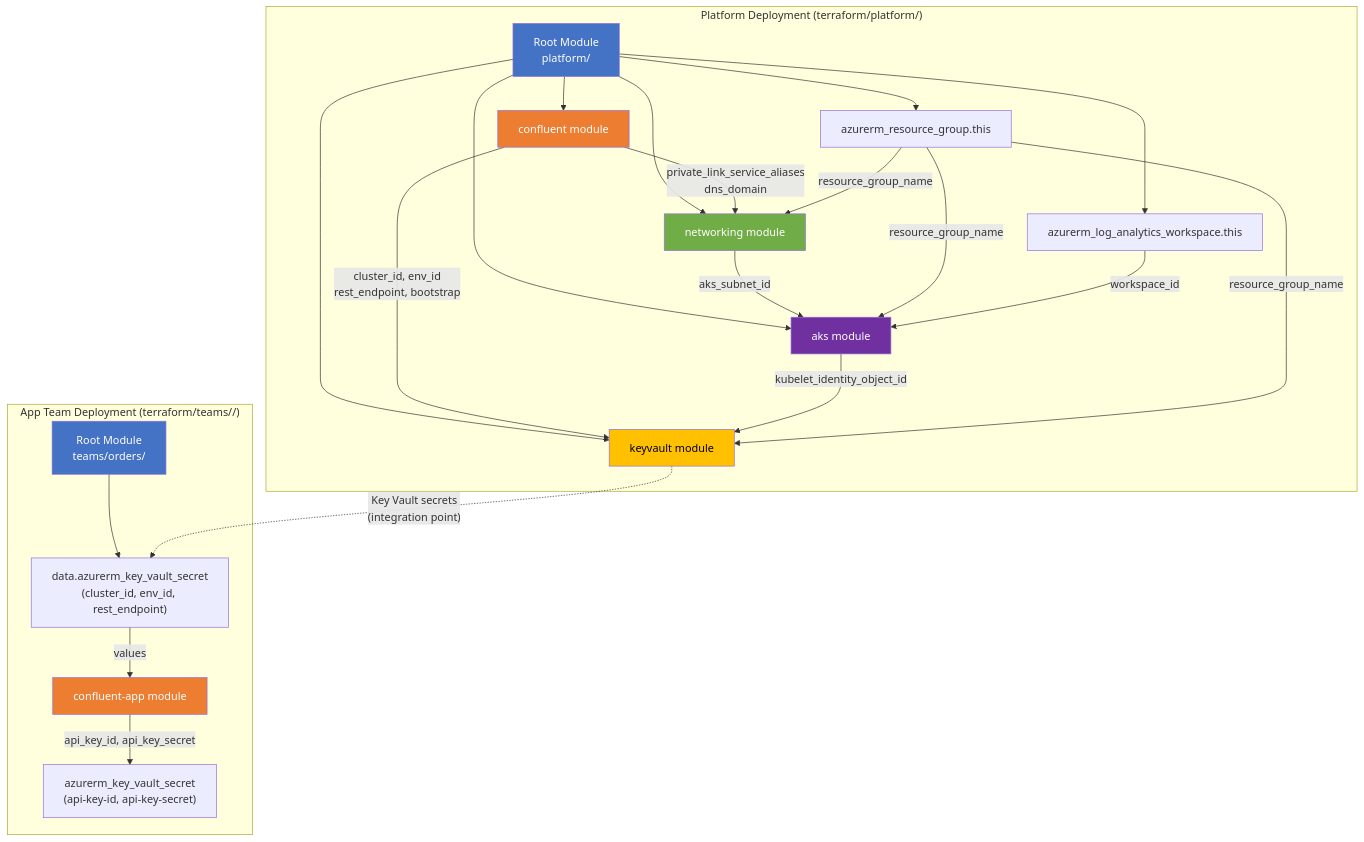
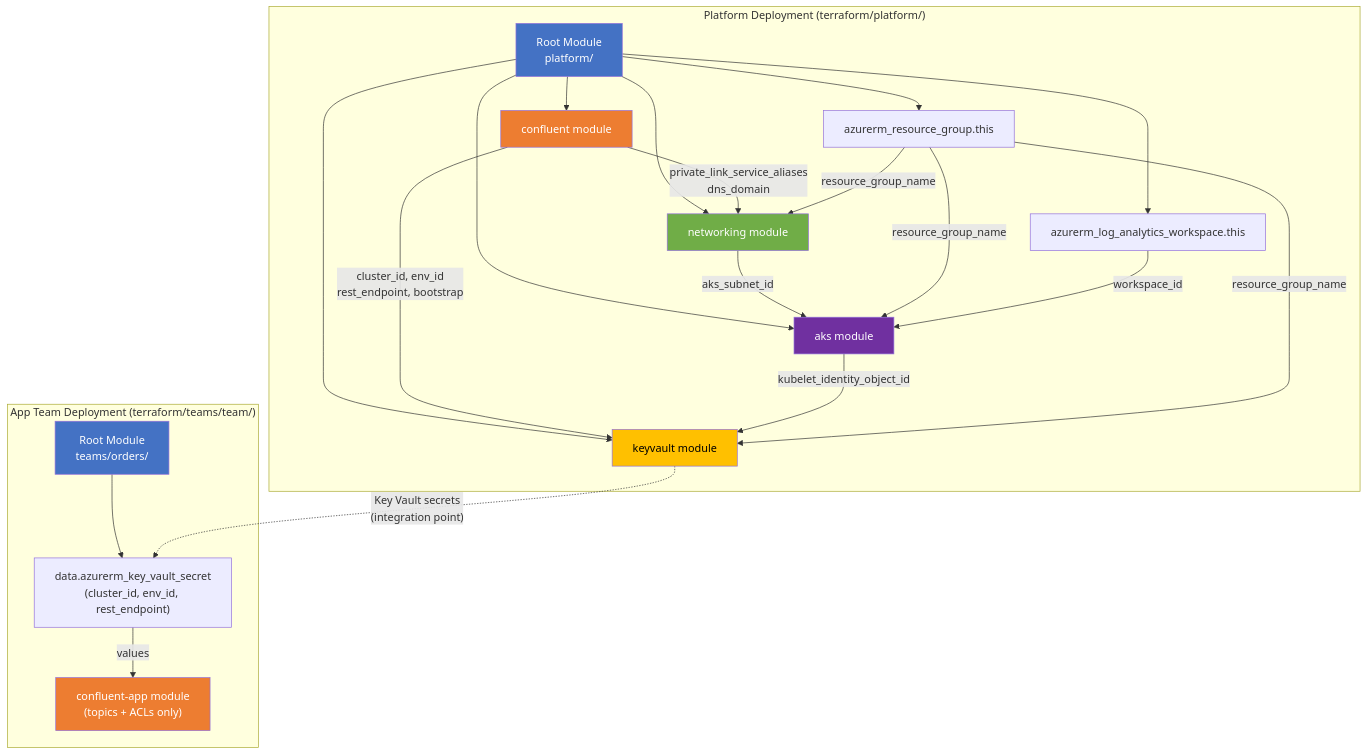
The first of 2 diagrams in docs/03-implementation/terraform-modules.md (GouthamKumar4/terraform-confluent-cloud-aks-poc), drawn with Mermaid before and after one commit. The commit also changed other lines of this file and 41 other files, not shown here.

````diff
--- a/docs/03-implementation/terraform-modules.md
+++ b/docs/03-implementation/terraform-modules.md
@@ -9,45 +9,43 @@
 ```mermaid
 graph TD
     subgraph Platform["Platform Deployment (terraform/platform/)"]
         Root["Root Module<br>platform/"]
         RG["azurerm_resource_group.this"]
         LOG["azurerm_log_analytics_workspace.this"]
         
         Root --> RG
         Root --> LOG
         Root --> CM["confluent module"]
         Root --> NM["networking module"]
         Root --> AKS["aks module"]
         Root --> KV["keyvault module"]
         
         CM -->|private_link_service_aliases<br>dns_domain| NM
         CM -->|cluster_id, env_id<br>rest_endpoint, bootstrap| KV
         NM -->|aks_subnet_id| AKS
         AKS -->|kubelet_identity_object_id| KV
         RG -->|resource_group_name| NM
         RG -->|resource_group_name| AKS
         RG -->|resource_group_name| KV
         LOG -->|workspace_id| AKS
     end
 
-    subgraph AppTeam["App Team Deployment (terraform/teams/<team>/)"]
+    subgraph AppTeam["App Team Deployment (terraform/teams/team/)"]
         AppRoot["Root Module<br>teams/orders/"]
         KVRead["data.azurerm_key_vault_secret<br>(cluster_id, env_id, rest_endpoint)"]
-        AppMod["confluent-app module"]
-        KVWrite["azurerm_key_vault_secret<br>(api-key-id, api-key-secret)"]
+        AppMod["confluent-app module<br>(topics + ACLs only)"]
         
         AppRoot --> KVRead
         KVRead -->|values| AppMod
-        AppMod -->|api_key_id, api_key_secret| KVWrite
     end
 
     KV -.->|"Key Vault secrets<br>(integration point)"| KVRead
     
     style Root fill:#4472C4,color:#fff
     style CM fill:#ED7D31,color:#fff
     style NM fill:#70AD47,color:#fff
     style AKS fill:#7030A0,color:#fff
     style KV fill:#FFC000,color:#000
     style AppRoot fill:#4472C4,color:#fff
     style AppMod fill:#ED7D31,color:#fff
 ```
````
